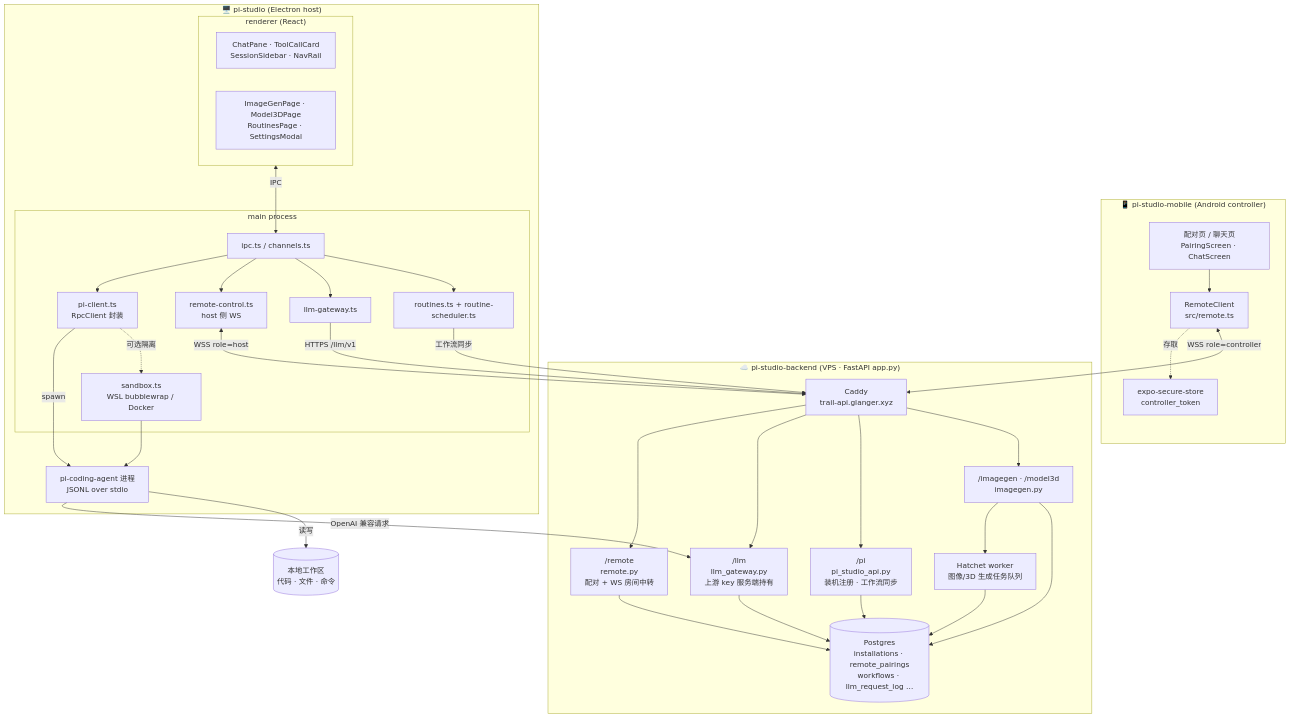
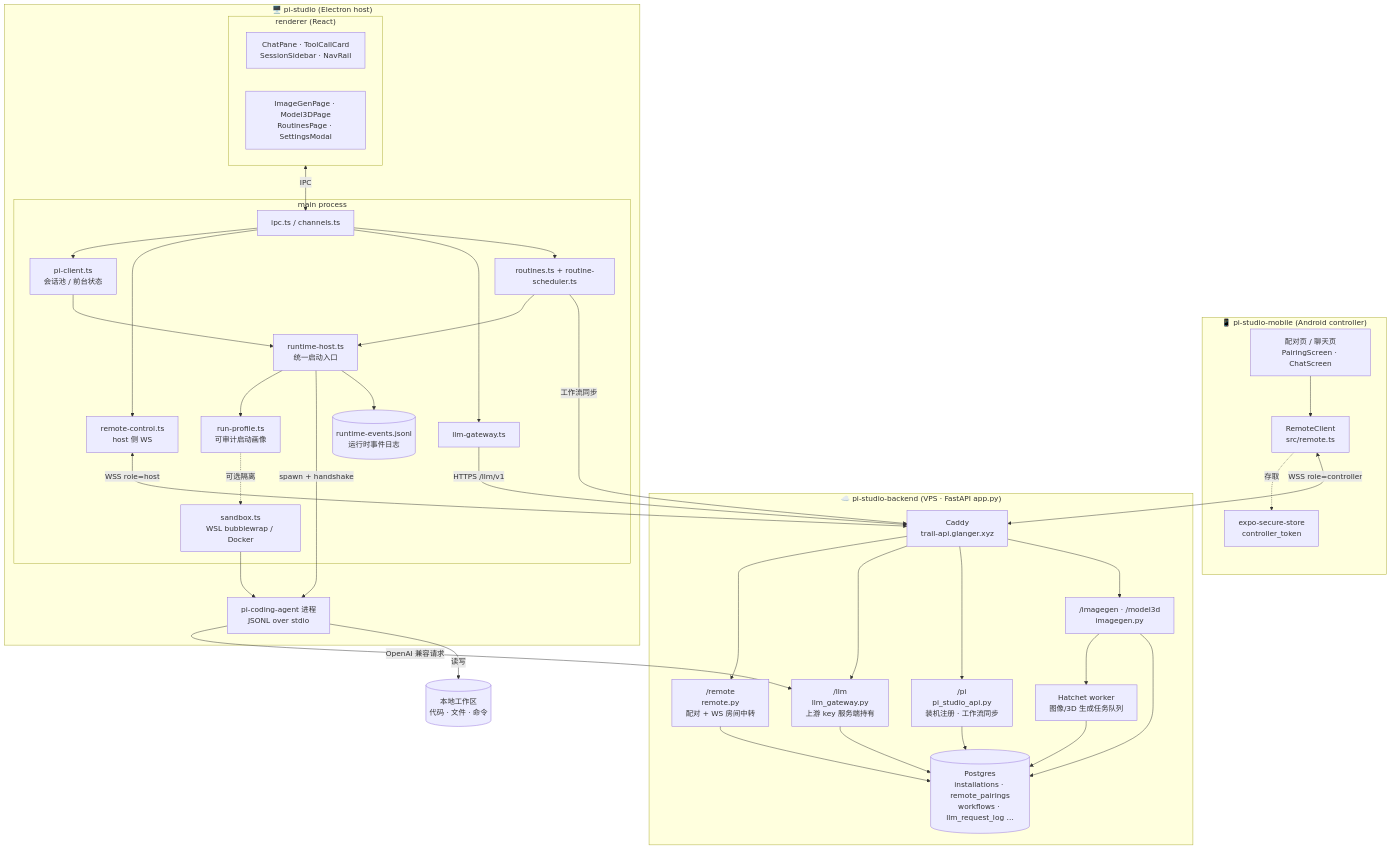
The first of 3 diagrams in docs/architecture.md (GreenBeanLiu/pi-studio), drawn with Mermaid before and after one commit. The commit also changed other lines of this file, not shown here.

Commit message:
document runtime host architecture

````diff
--- a/docs/architecture.md
+++ b/docs/architecture.md
@@ -15,52 +15,58 @@
 ```mermaid
 graph TB
     subgraph phone["📱 pi-studio-mobile (Android controller)"]
         MUI["配对页 / 聊天页<br/>PairingScreen · ChatScreen"]
         MRC["RemoteClient<br/>src/remote.ts"]
         MSS["expo-secure-store<br/>controller_token"]
         MUI --> MRC
         MRC -.存取.-> MSS
     end
 
     subgraph cloud["☁️ pi-studio-backend (VPS · FastAPI app.py)"]
         CADDY["Caddy<br/>trail-api.glanger.xyz"]
         RELAY["/remote<br/>remote.py<br/>配对 + WS 房间中转"]
         LLM["/llm<br/>llm_gateway.py<br/>上游 key 服务端持有"]
         PIAPI["/pi<br/>pi_studio_api.py<br/>装机注册 · 工作流同步"]
         IMG["/imagegen · /model3d<br/>imagegen.py"]
         HW["Hatchet worker<br/>图像/3D 生成任务队列"]
         PG[("Postgres<br/>installations · remote_pairings<br/>workflows · llm_request_log …")]
         CADDY --> RELAY & LLM & PIAPI & IMG
         IMG --> HW
         RELAY & LLM & PIAPI & IMG --> PG
         HW --> PG
     end
 
     subgraph desktop["🖥️ pi-studio (Electron host)"]
         subgraph rend["renderer (React)"]
             CP["ChatPane · ToolCallCard<br/>SessionSidebar · NavRail"]
             OTHER["ImageGenPage · Model3DPage<br/>RoutinesPage · SettingsModal"]
         end
         subgraph main["main process"]
             IPC["ipc.ts / channels.ts"]
-            PC["pi-client.ts<br/>RpcClient 封装"]
+            PC["pi-client.ts<br/>会话池 / 前台状态"]
+            RH["runtime-host.ts<br/>统一启动入口"]
+            PROF["run-profile.ts<br/>可审计启动画像"]
+            EVLOG[("runtime-events.jsonl<br/>运行时事件日志")]
             RC["remote-control.ts<br/>host 侧 WS"]
             LG["llm-gateway.ts"]
             RT["routines.ts + routine-scheduler.ts"]
             SB["sandbox.ts<br/>WSL bubblewrap / Docker"]
         end
         AGENT["pi-coding-agent 进程<br/>JSONL over stdio"]
         rend <-->|IPC| IPC
         IPC --> PC & RC & LG & RT
-        PC -->|spawn| AGENT
-        PC -.可选隔离.-> SB
+        PC & RT --> RH
+        RH --> PROF
+        RH -->|spawn + handshake| AGENT
+        RH --> EVLOG
+        PROF -.可选隔离.-> SB
         SB --> AGENT
     end
 
     MRC <-->|"WSS role=controller"| CADDY
     RC <-->|"WSS role=host"| CADDY
     LG -->|"HTTPS /llm/v1"| CADDY
     RT -->|工作流同步| CADDY
     AGENT -->|"OpenAI 兼容请求"| LLM
     AGENT -->|读写| FS[("本地工作区<br/>代码 · 文件 · 命令")]
 ```
````
